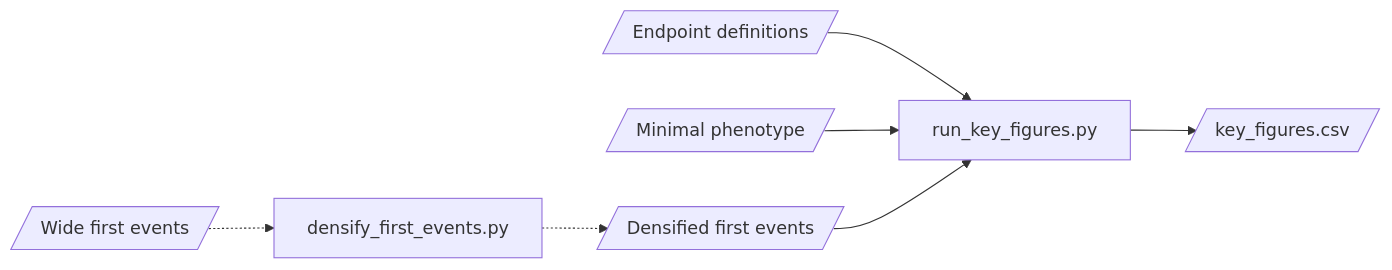
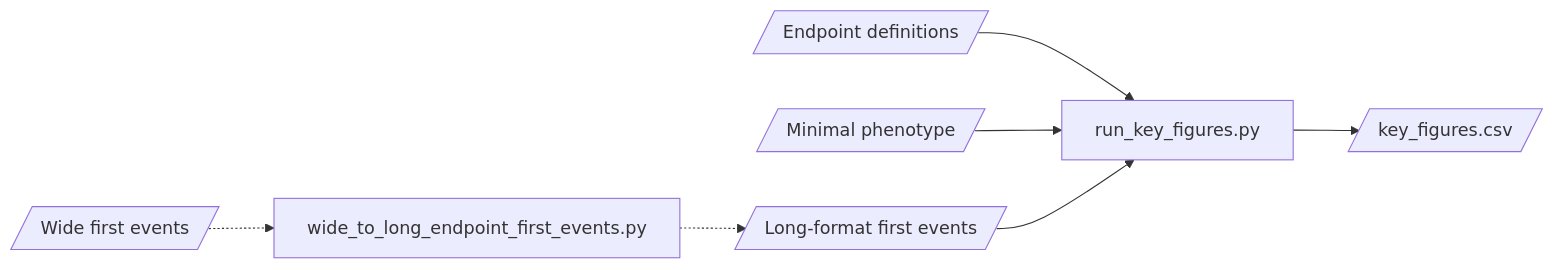
Before and after one commit to dsgelab/risteys: the first of 6 diagrams in pipeline/README.md, drawn with Mermaid. The commit also changed other lines of this file and 6 other files, not shown here.

Commit message:
pipe: rename densify script to wide_to_long_...

````diff
--- a/pipeline/README.md
+++ b/pipeline/README.md
@@ -95,9 +95,9 @@
 ```mermaid
   graph LR;
-    id0[/Wide first events/] -.-> densify_first_events.py
-    densify_first_events.py -.-> id3
+    id0[/Wide first events/] -.-> wide_to_long_endpoint_first_events.py
+    wide_to_long_endpoint_first_events.py -.-> id3
     id1[/Endpoint definitions/] --> run_key_figures.py
     id2[/Minimal phenotype/] --> run_key_figures.py
-    id3[/Densified first events/] --> run_key_figures.py
+    id3[/Long-format first events/] --> run_key_figures.py
     run_key_figures.py --> id4[/key_figures.csv/]
 ```
````
